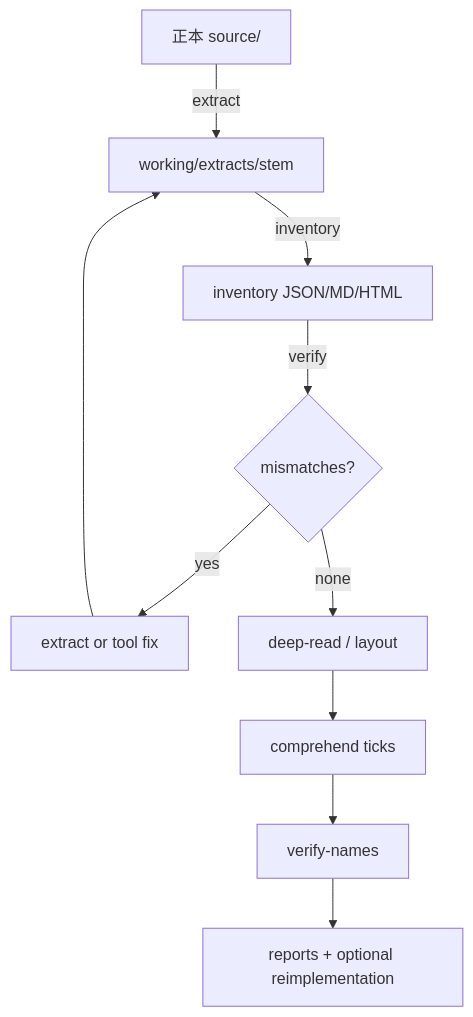
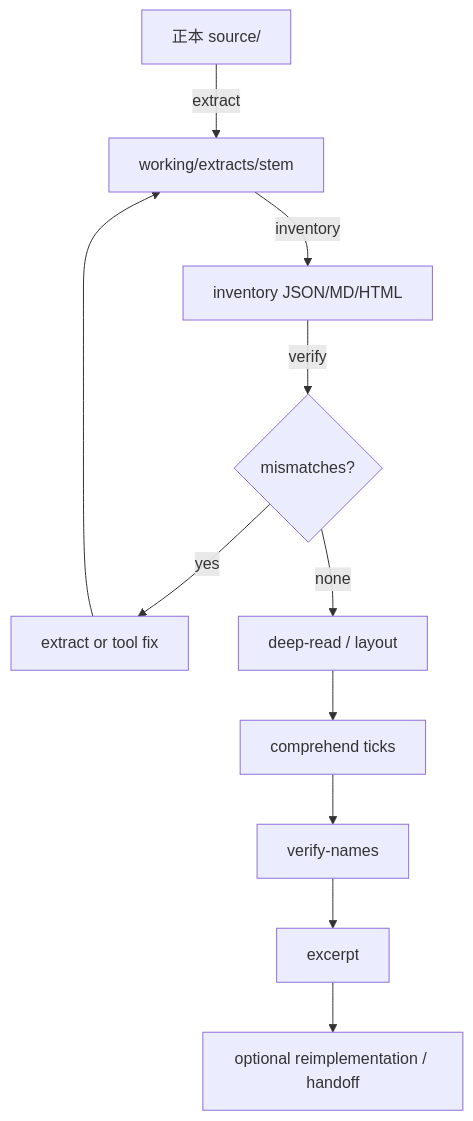
The diagram in docs/workflow.md (suzukiosm/vb6-archaeology), drawn with Mermaid before and after one commit. The commit also changed other lines of this file and 55 other files, not shown here.

First line of the commit message:
feat: handoff, show_style/excerpt, GoTo, and mdi_chrome

````diff
--- a/docs/workflow.md
+++ b/docs/workflow.md
@@ -7,12 +7,13 @@
 ```mermaid
 flowchart TD
   A[正本 source/] -->|extract| B[working/extracts/stem]
   B -->|inventory| C[inventory JSON/MD/HTML]
   C -->|verify| D{mismatches?}
   D -->|yes| E[extract or tool fix]
   E --> B
   D -->|none| F[deep-read / layout]
   F --> G[comprehend ticks]
   G --> H[verify-names]
-  H --> I[reports + optional reimplementation]
+  H --> J[excerpt]
+  J --> I[optional reimplementation / handoff]
 ```
````
